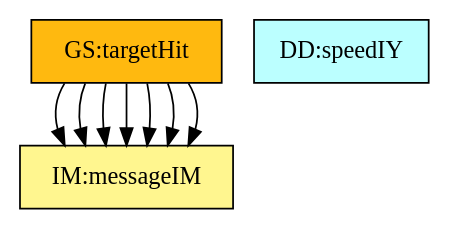
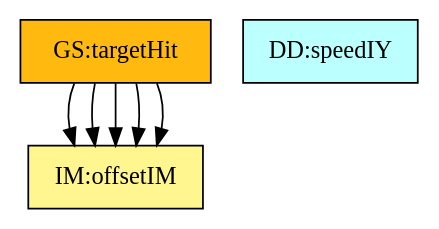
The diagram in code/stable/projectile/TraceyGraph/allvsr.dot (JacquesCarette/Drasil), drawn with Graphviz before and after one commit. The commit also changed 66 other files, not shown here.

Commit message:
Remove Projectile's output message IM

```diff
--- a/code/stable/projectile/TraceyGraph/allvsr.dot
+++ b/code/stable/projectile/TraceyGraph/allvsr.dot
@@ -1,92 +1,89 @@
 digraph allvsr {
 	instance:calcValues -> theory:flightduration;
 	instance:calcValues -> theory:landingposition;
 	instance:calcValues -> theory:offset;
-	instance:calcValues -> theory:outputMessage;
 	instance:outputValues -> theory:flightduration;
 	instance:outputValues -> theory:offset;
-	instance:outputValues -> theory:outputMessage;
 
 
 	instance:twoDMotion	[shape=box, color=black, style=filled, fillcolor=mistyrose, label="A:twoDMotion"];
 	instance:cartSyst	[shape=box, color=black, style=filled, fillcolor=mistyrose, label="A:cartSyst"];
 	instance:yAxisGravity	[shape=box, color=black, style=filled, fillcolor=mistyrose, label="A:yAxisGravity"];
 	instance:launchOrigin	[shape=box, color=black, style=filled, fillcolor=mistyrose, label="A:launchOrigin"];
 	instance:targetXAxis	[shape=box, color=black, style=filled, fillcolor=mistyrose, label="A:targetXAxis"];
 	instance:posXDirection	[shape=box, color=black, style=filled, fillcolor=mistyrose, label="A:posXDirection"];
 	instance:constAccel	[shape=box, color=black, style=filled, fillcolor=mistyrose, label="A:constAccel"];
 	instance:accelXZero	[shape=box, color=black, style=filled, fillcolor=mistyrose, label="A:accelXZero"];
 	instance:accelYGravity	[shape=box, color=black, style=filled, fillcolor=mistyrose, label="A:accelYGravity"];
 	instance:neglectDrag	[shape=box, color=black, style=filled, fillcolor=mistyrose, label="A:neglectDrag"];
 	instance:pointMass	[shape=box, color=black, style=filled, fillcolor=mistyrose, label="A:pointMass"];
 	instance:freeFlight	[shape=box, color=black, style=filled, fillcolor=mistyrose, label="A:freeFlight"];
 	instance:neglectCurv	[shape=box, color=black, style=filled, fillcolor=mistyrose, label="A:neglectCurv"];
 	instance:timeStartZero	[shape=box, color=black, style=filled, fillcolor=mistyrose, label="A:timeStartZero"];
 	instance:gravAccelValue	[shape=box, color=black, style=filled, fillcolor=mistyrose, label="A:gravAccelValue"];
 
 	subgraph A {
 	rank="same"
 	{instance:twoDMotion, instance:cartSyst, instance:yAxisGravity, instance:launchOrigin, instance:targetXAxis, instance:posXDirection, instance:constAccel, instance:accelXZero, instance:accelYGravity, instance:neglectDrag, instance:pointMass, instance:freeFlight, instance:neglectCurv, instance:timeStartZero, instance:gravAccelValue}
 	}
 
 	dataDefn:speed	[shape=box, color=black, style=filled, fillcolor=paleturquoise1, label="DD:vecMag"];
 	dataDefn:ixVel	[shape=box, color=black, style=filled, fillcolor=paleturquoise1, label="DD:speedIX"];
 	dataDefn:iyVel	[shape=box, color=black, style=filled, fillcolor=paleturquoise1, label="DD:speedIY"];
 
 	subgraph DD {
 	rank="same"
 	{dataDefn:speed, dataDefn:ixVel, dataDefn:iyVel}
 	}
 
 	theory:accelerationTM	[shape=box, color=black, style=filled, fillcolor=pink, label="TM:acceleration"];
 	theory:velocityTM	[shape=box, color=black, style=filled, fillcolor=pink, label="TM:velocity"];
 
 	subgraph TM {
 	rank="same"
 	{theory:accelerationTM, theory:velocityTM}
 	}
 
 	theory:projSpeed	[shape=box, color=black, style=filled, fillcolor=palegreen, label="GD:rectVel"];
 	theory:projPos	[shape=box, color=black, style=filled, fillcolor=palegreen, label="GD:rectPos"];
 	theory:velocity	[shape=box, color=black, style=filled, fillcolor=palegreen, label="GD:velVec"];
 	theory:position	[shape=box, color=black, style=filled, fillcolor=palegreen, label="GD:posVec"];
 
 	subgraph GD {
 	rank="same"
 	{theory:projSpeed, theory:projPos, theory:velocity, theory:position}
 	}
 
 	theory:flightduration	[shape=box, color=black, style=filled, fillcolor=khaki1, label="IM:calOfLandingTime"];
 	theory:landingposition	[shape=box, color=black, style=filled, fillcolor=khaki1, label="IM:calOfLandingDist"];
 	theory:offset	[shape=box, color=black, style=filled, fillcolor=khaki1, label="IM:offsetIM"];
-	theory:outputMessage	[shape=box, color=black, style=filled, fillcolor=khaki1, label="IM:messageIM"];
 
 	subgraph IM {
 	rank="same"
-	{theory:flightduration, theory:landingposition, theory:offset, theory:outputMessage}
+	{theory:flightduration, theory:landingposition, theory:offset}
 	}
 
 	instance:correct	[shape=box, color=black, style=filled, fillcolor=ivory, label="NFR:correct"];
 	instance:verifiable	[shape=box, color=black, style=filled, fillcolor=ivory, label="NFR:verifiable"];
 	instance:understandable	[shape=box, color=black, style=filled, fillcolor=ivory, label="NFR:understandable"];
 	instance:reusable	[shape=box, color=black, style=filled, fillcolor=ivory, label="NFR:reusable"];
 	instance:maintainable	[shape=box, color=black, style=filled, fillcolor=ivory, label="NFR:maintainable"];
 	instance:portable	[shape=box, color=black, style=filled, fillcolor=ivory, label="NFR:portable"];
 	instance:inputValues	[shape=box, color=black, style=filled, fillcolor=ivory, label="FR:inputValues"];
 	instance:verifyInVals	[shape=box, color=black, style=filled, fillcolor=ivory, label="FR:verifyInVals"];
 	instance:calcValues	[shape=box, color=black, style=filled, fillcolor=ivory, label="FR:calcValues"];
 	instance:outputValues	[shape=box, color=black, style=filled, fillcolor=ivory, label="FR:outputValues"];
 
 	subgraph NFR {
 	rank="same"
 	{instance:correct, instance:verifiable, instance:understandable, instance:reusable, instance:maintainable, instance:portable, instance:inputValues, instance:verifyInVals, instance:calcValues, instance:outputValues}
 	}
 
 	instance:targetHit	[shape=box, color=black, style=filled, fillcolor=darkgoldenrod1, label="GS:targetHit"];
 
 	subgraph GS {
 	rank="same"
 	{instance:targetHit}
 	}
 
 }
```
